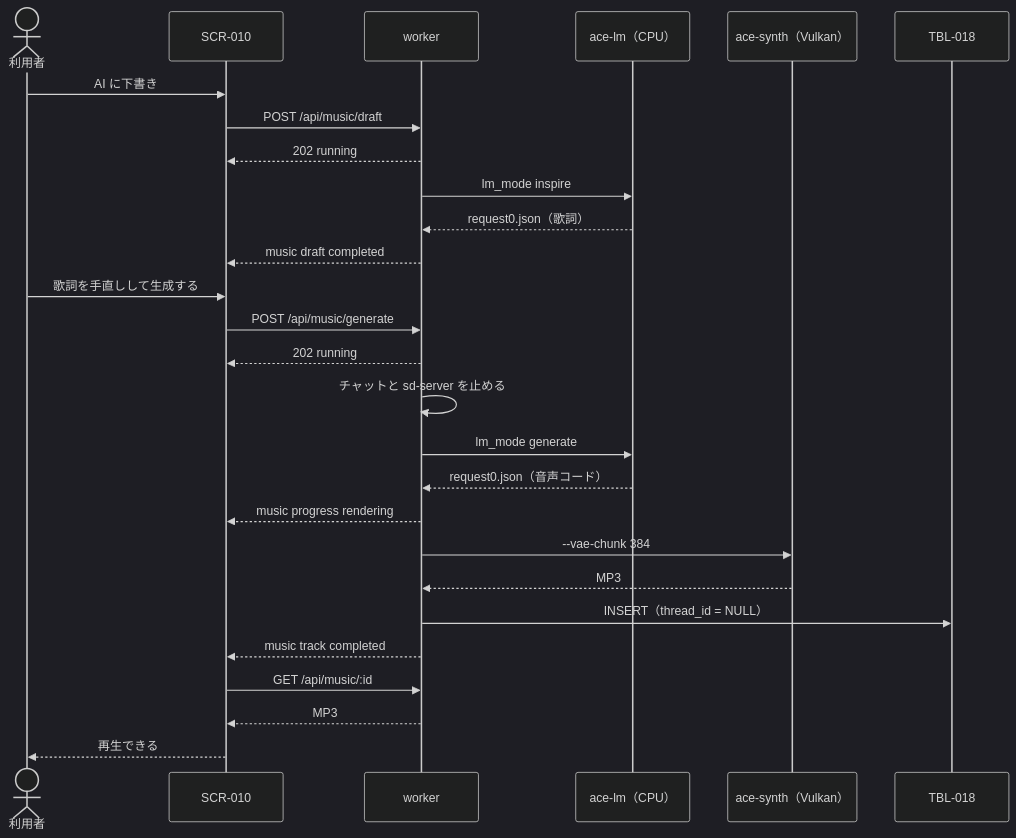
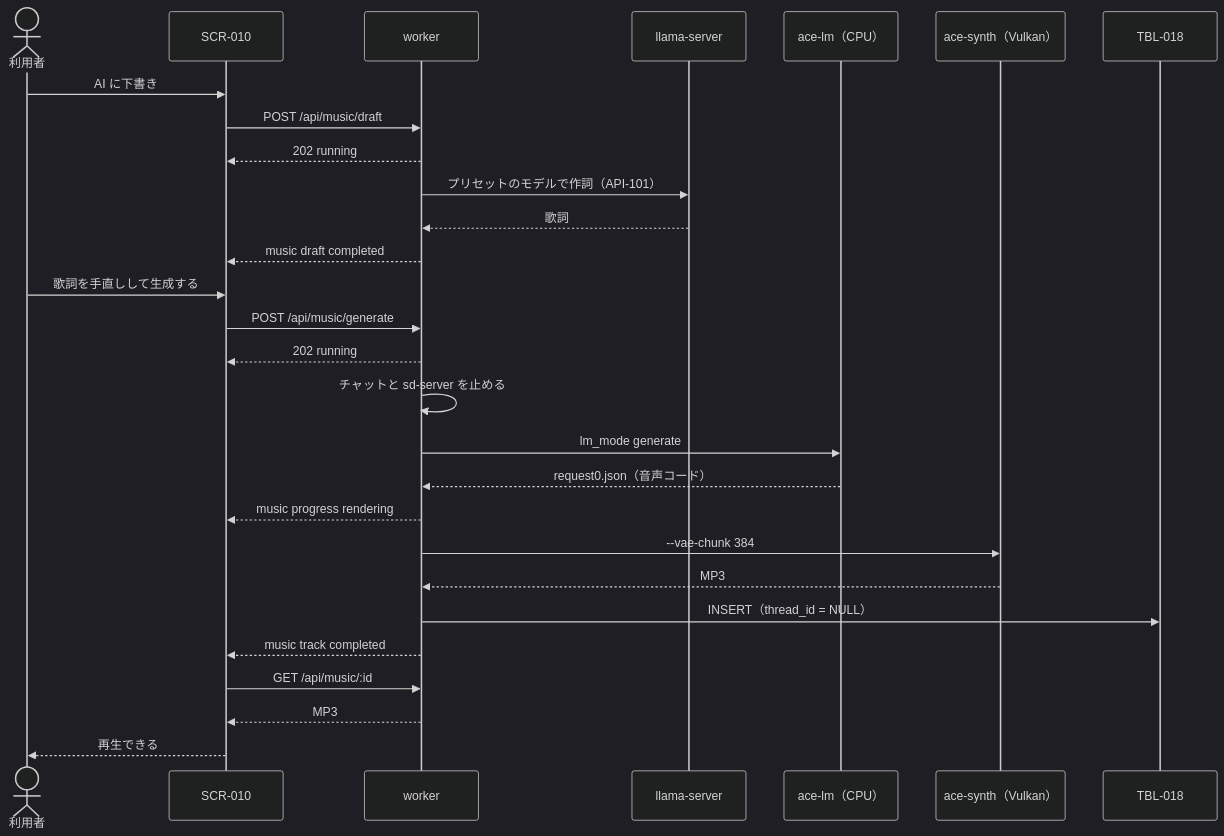
Before and after one commit to itiwoja/llm-party: the seventh of 14 diagrams in docs/design/10_diagrams.md, drawn with Mermaid (dark theme). The commit also changed 13 other files, not shown here.

````diff
--- a/docs/design/10_diagrams.md
+++ b/docs/design/10_diagrams.md
@@ -163,29 +163,30 @@
 ```mermaid
 sequenceDiagram
     actor U as 利用者
     participant R as SCR-010
     participant W as worker
+    participant E as llama-server
     participant L as ace-lm（CPU）
     participant S as ace-synth（Vulkan）
     participant D as TBL-018
     U->>R: AI に下書き
     R->>W: POST /api/music/draft
     W-->>R: 202 running
-    W->>L: lm_mode inspire
-    L-->>W: request0.json（歌詞）
+    W->>E: プリセットのモデルで作詞（API-101）
+    E-->>W: 歌詞
     W-->>R: music draft completed
     U->>R: 歌詞を手直しして生成する
     R->>W: POST /api/music/generate
     W-->>R: 202 running
     W->>W: チャットと sd-server を止める
     W->>L: lm_mode generate
     L-->>W: request0.json（音声コード）
     W-->>R: music progress rendering
     W->>S: --vae-chunk 384
     S-->>W: MP3
     W->>D: INSERT（thread_id = NULL）
     W-->>R: music track completed
     R->>W: GET /api/music/:id
     W-->>R: MP3
     R-->>U: 再生できる
 ```
````
